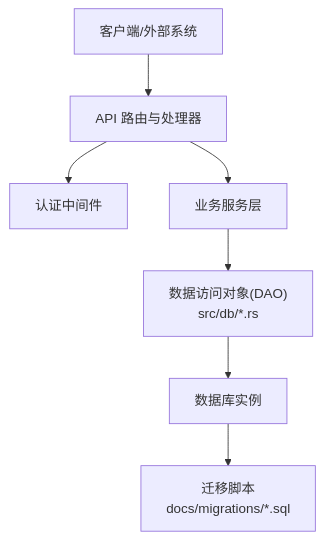
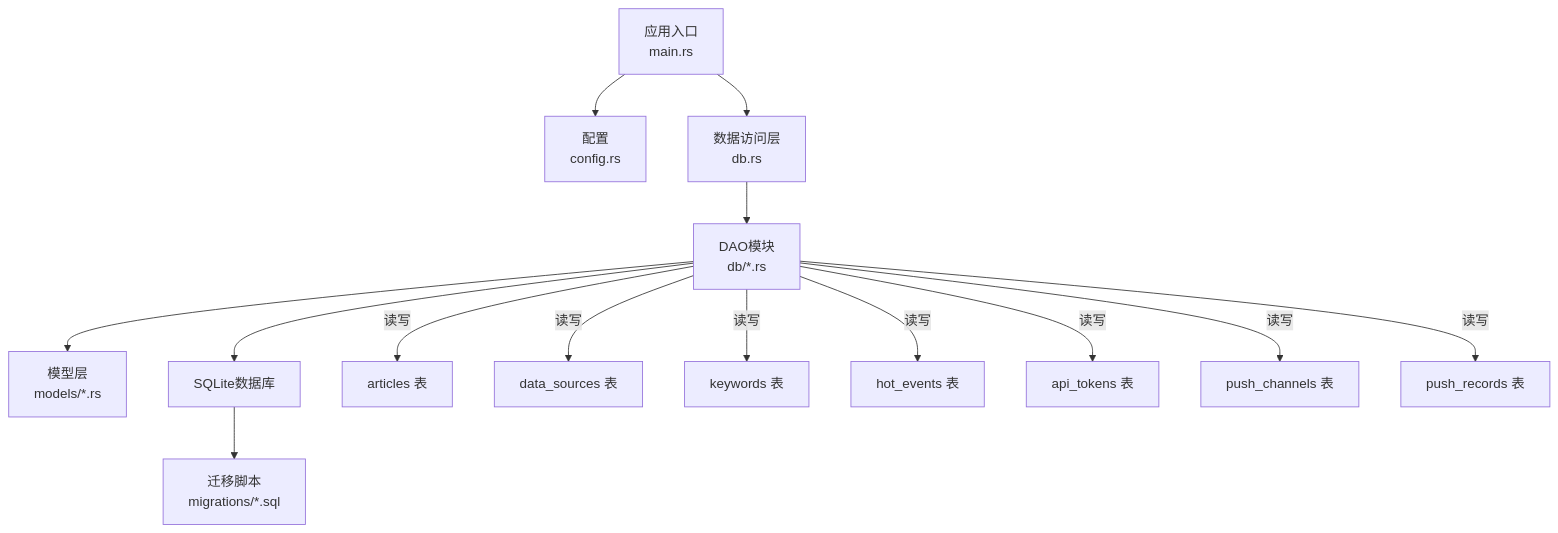
One commit to leimu-hue/AI-Trend-Tool changed the second of 4 diagrams in .qoder/repowiki/zh/content/数据库设计/数据库设计.md. Above: the diagram before and after it, drawn with Mermaid. The commit also changed other lines of this file and 162 other files, not shown here.

````diff
--- a/.qoder/repowiki/zh/content/数据库设计/数据库设计.md
+++ b/.qoder/repowiki/zh/content/数据库设计/数据库设计.md
@@ -131,9 +124,16 @@
 ```mermaid
 graph TB
-Client["客户端/外部系统"] --> API["API 路由与处理器"]
-API --> Auth["认证中间件"]
-API --> Service["业务服务层"]
-Service --> DAO["数据访问对象(DAO)<br/>src/db/*.rs"]
-DAO --> DB["数据库实例"]
-DB --> MIG["迁移脚本<br/>docs/migrations/*.sql"]
+APP["应用入口<br/>main.rs"] --> CFG["配置<br/>config.rs"]
+APP --> DBMOD["数据访问层<br/>db.rs"]
+DBMOD --> DAO["DAO模块<br/>db/*.rs"]
+DAO --> MODELS["模型层<br/>models/*.rs"]
+DAO --> DB["SQLite数据库"]
+DB --> MIG["迁移脚本<br/>migrations/*.sql"]
+DAO --> |"读写"| ART["articles 表"]
+DAO --> |"读写"| SRC["data_sources 表"]
+DAO --> |"读写"| KW["keywords 表"]
+DAO --> |"读写"| HE["hot_events 表"]
+DAO --> |"读写"| TKN["api_tokens 表"]
+DAO --> |"读写"| CH["push_channels 表"]
+DAO --> |"读写"| PR["push_records 表"]
 ```
````
